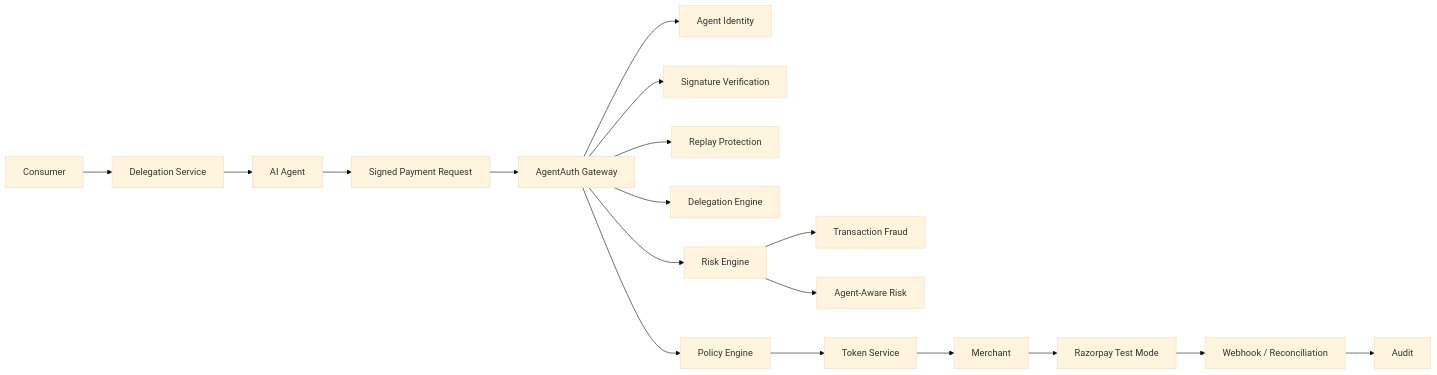
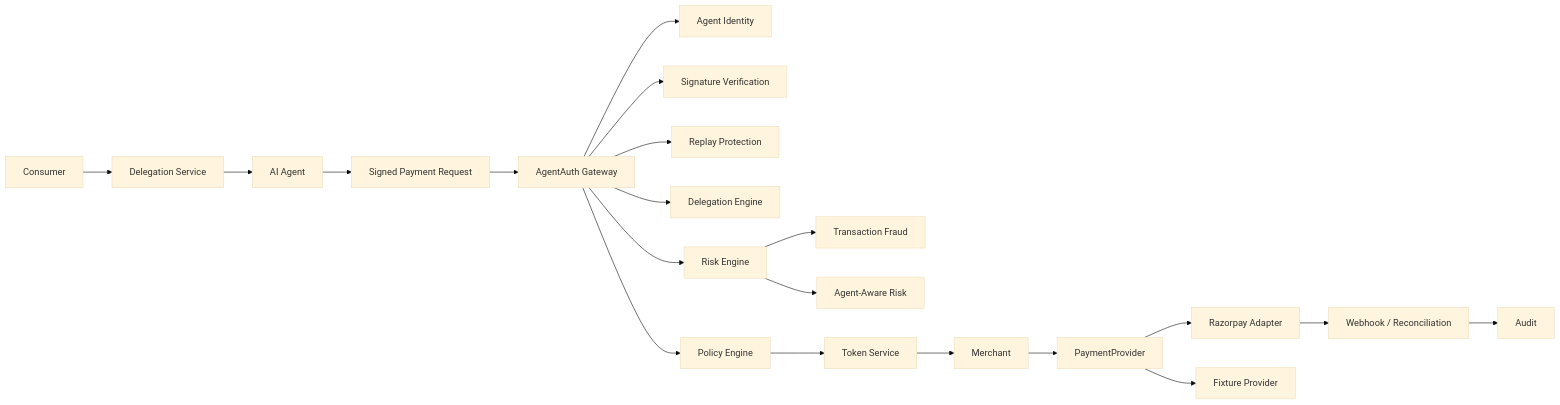
Before and after one commit to anandvignesh23-rgb/agentauth: the first of 2 diagrams in README.md, drawn with Mermaid (base theme). The commit also changed other lines of this file and 35 other files, not shown here.

````diff
--- a/README.md
+++ b/README.md
@@ -11,20 +11,22 @@
 ```mermaid
 flowchart LR
   Consumer["Consumer"] --> Delegation["Delegation Service"]
   Delegation --> Agent["AI Agent"]
   Agent --> Signed["Signed Payment Request"]
   Signed --> Gateway["AgentAuth Gateway"]
   Gateway --> Identity["Agent Identity"]
   Gateway --> Signature["Signature Verification"]
   Gateway --> Replay["Replay Protection"]
   Gateway --> Scope["Delegation Engine"]
   Gateway --> Risk["Risk Engine"]
   Risk --> TxnFraud["Transaction Fraud"]
   Risk --> AgentRisk["Agent-Aware Risk"]
   Gateway --> Policy["Policy Engine"]
   Policy --> Token["Token Service"]
   Token --> Merchant["Merchant"]
-  Merchant --> Razorpay["Razorpay Test Mode"]
+  Merchant --> Provider["PaymentProvider"]
+  Provider --> Razorpay["Razorpay Adapter"]
+  Provider --> Fixture["Fixture Provider"]
   Razorpay --> Webhook["Webhook / Reconciliation"]
   Webhook --> Audit["Audit"]
 ```
````
